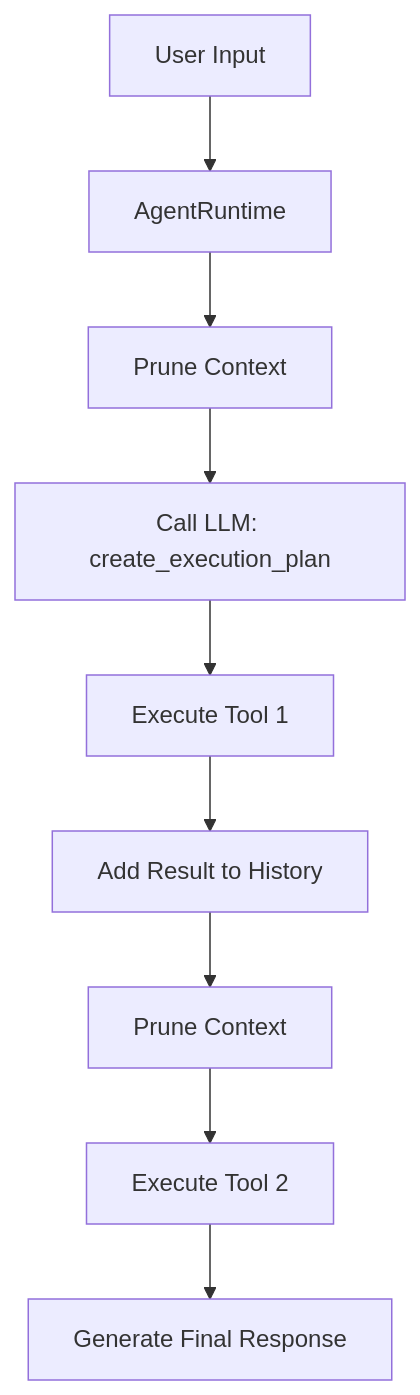
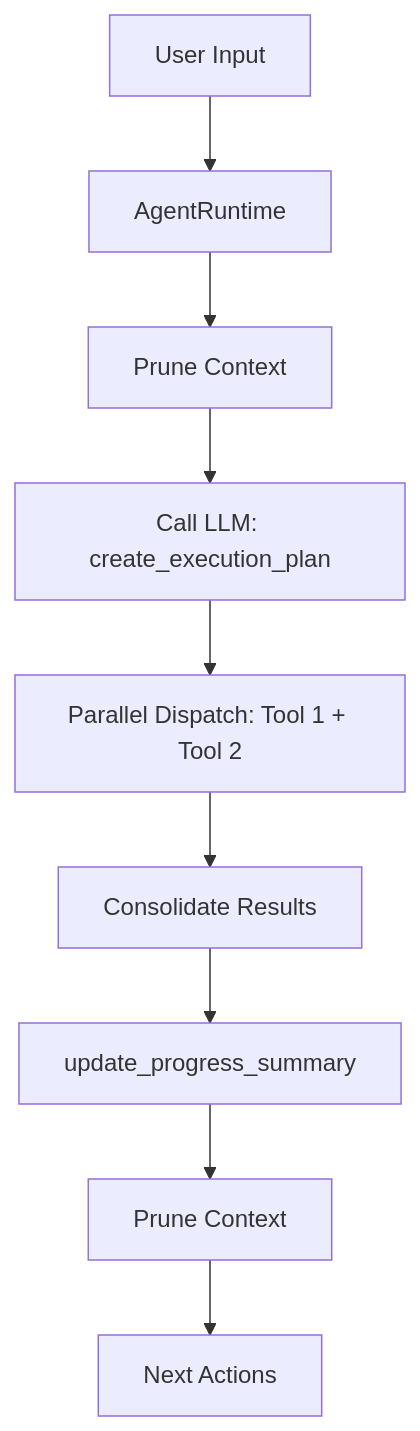
Before and after one commit to meharajM/ai-worker.app: diagram 14 of 25 in architecture.md, drawn with Mermaid. The commit also changed other lines of this file, not shown here.

Commit message:
feat: Enhance agent runtime with parallel tool dispatch, self-healing, resource locking, strategic result extraction, and autonomous monitoring.

````diff
--- a/architecture.md
+++ b/architecture.md
@@ -541,11 +542,11 @@
 ```mermaid
 graph TD
     User[User Input] --> Runtime[AgentRuntime]
     Runtime --> DCP[Prune Context]
     DCP --> Plan[Call LLM: create_execution_plan]
-    Plan --> Step1[Execute Tool 1]
-    Step1 --> Result1[Add Result to History]
-    Result1 --> DCP2[Prune Context]
-    DCP2 --> Step2[Execute Tool 2]
-    Step2 --> Final[Generate Final Response]
+    Plan --> Step1[Parallel Dispatch: Tool 1 + Tool 2]
+    Step1 --> Result1[Consolidate Results]
+    Result1 --> Progress[update_progress_summary]
+    Progress --> DCP2[Prune Context]
+    DCP2 --> Step2[Next Actions]
 ```
````
